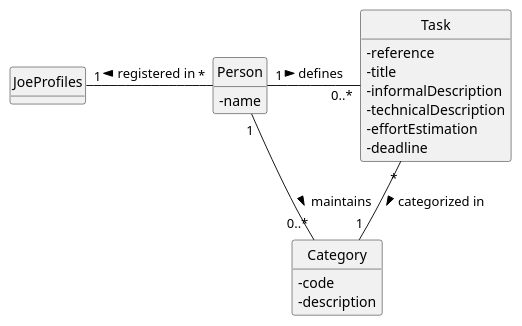
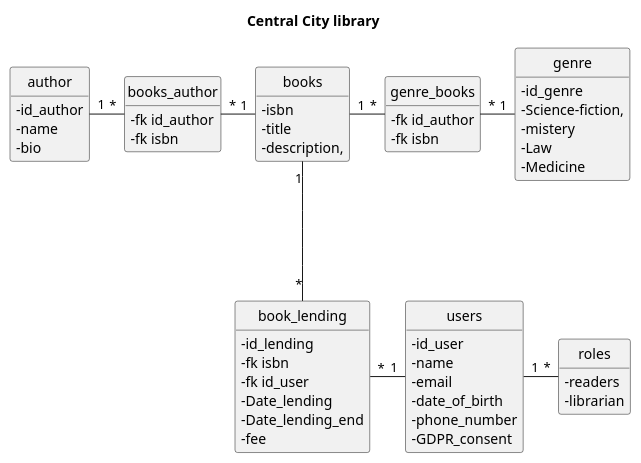
Before and after one commit to GODinho211/psoft-project-G2: the diagram in docs/Phase_1/DM.puml, drawn with PlantUML.

Commit message:
Update to the Domain model

```diff
--- a/docs/Phase_1/DM.puml
+++ b/docs/Phase_1/DM.puml
@@ -1,36 +1,92 @@
 @startuml
 'https://plantuml.com/class-diagram
 skinparam classAttributeIconSize 0
 hide circle
 hide methods
 
 
+Title Central City library
 
-class Person {
+
+class author {
+
+    - id_author
     - name
+    - bio
+
 }
 
-class Task {
-    - reference
-    - title
-    - informalDescription
-    - technicalDescription
-    - effortEstimation
-    - deadline
+class users {
+
+    - id_user
+    - name
+    - email
+    - date_of_birth
+    - phone_number
+    - GDPR_consent
+
 }
 
-class Category {
-    - code
-    - description
+class book_lending {
+
+    - id_lending
+    - fk isbn
+    - fk id_user
+    - Date_lending
+    - Date_lending_end
+    - fee
+
+
 }
 
-class JoeProfiles {
+class books {
+
+    - isbn
+    - title
+    - description,
+    - author(s)
 }
 
-Person "*" -left-- "1" JoeProfiles:  registered in >
-Person "1" -right-- "0..*" Category:  maintains >
-Person "1" -right-- "0..*" Task:  defines >
-Task "*" -- "1" Category:  categorized in >
+class genre {
+
+    - id_genre
+    - Science-fiction,
+    - mistery
+    - Law
+    - Medicine
+
+}
+
+class roles {
+
+    - readers
+    - librarian
+
+}
+
+
+class books_author {
+
+ -fk id_author
+ -fk isbn
+}
+
+class genre_books {
+
+ -fk id_author
+ -fk isbn
+}
+
+author "1" -right-- "*" books_author
+books "1" -left-- "*" books_author
+genre "1" -left-- "*" genre_books
+books "1" -right-- "*" genre_books
+books "1" -down-- "*" book_lending
+users "1" -left-- "*" book_lending
+users "1" -right-- "*" roles
+
+
+
 
 
 @enduml
```
